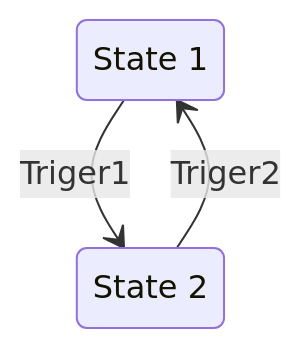
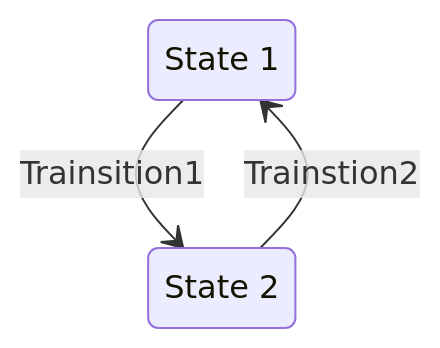
The first of 2 diagrams in 模块化软件平台接口设计.md (RanFang66/WorkNotes), drawn with Mermaid before and after one commit. The commit also changed other lines of this file and 1 other file, not shown here.

````diff
--- a/模块化软件平台接口设计.md
+++ b/模块化软件平台接口设计.md
@@ -496,7 +503,7 @@
 ```mermaid
 stateDiagram-v2
 state "State 1" as s1
 state "State 2" as s2
-s1 --> s2 : Triger1
-s2 --> s1 : Triger2
+s1 --> s2 : Trainsition1
+s2 --> s1 : Trainstion2
 ```
````
